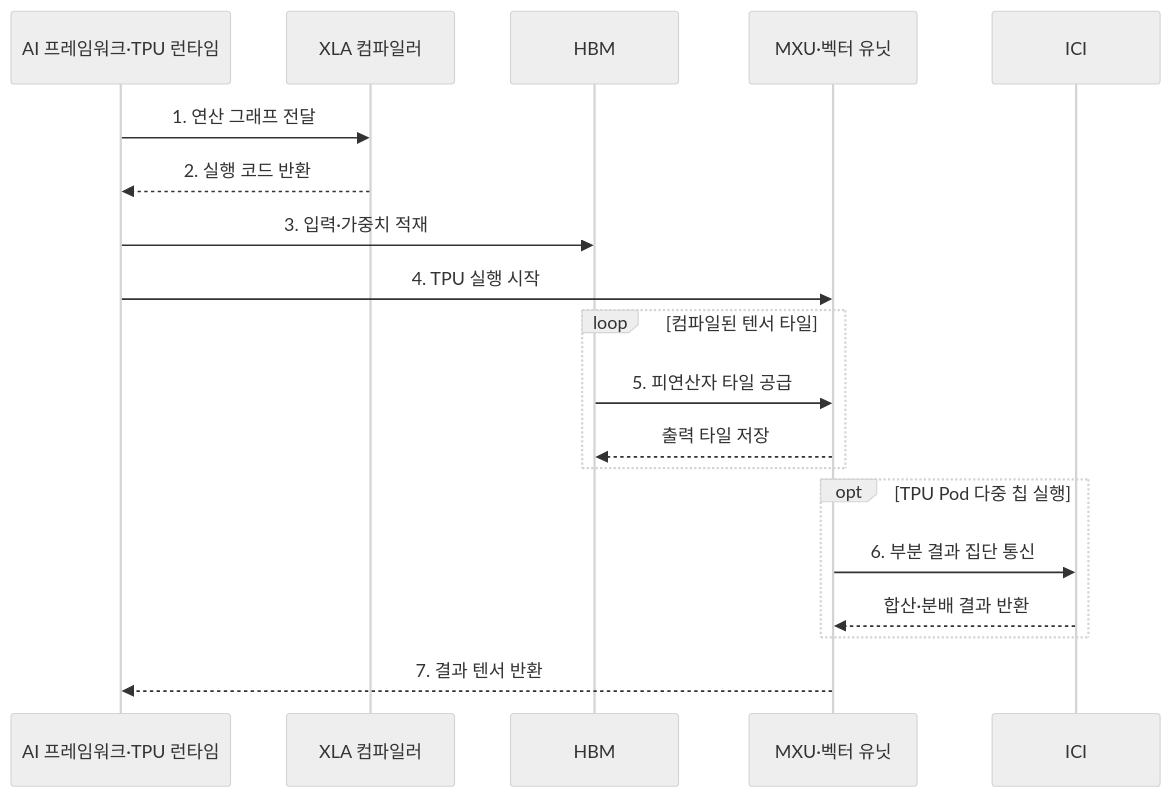
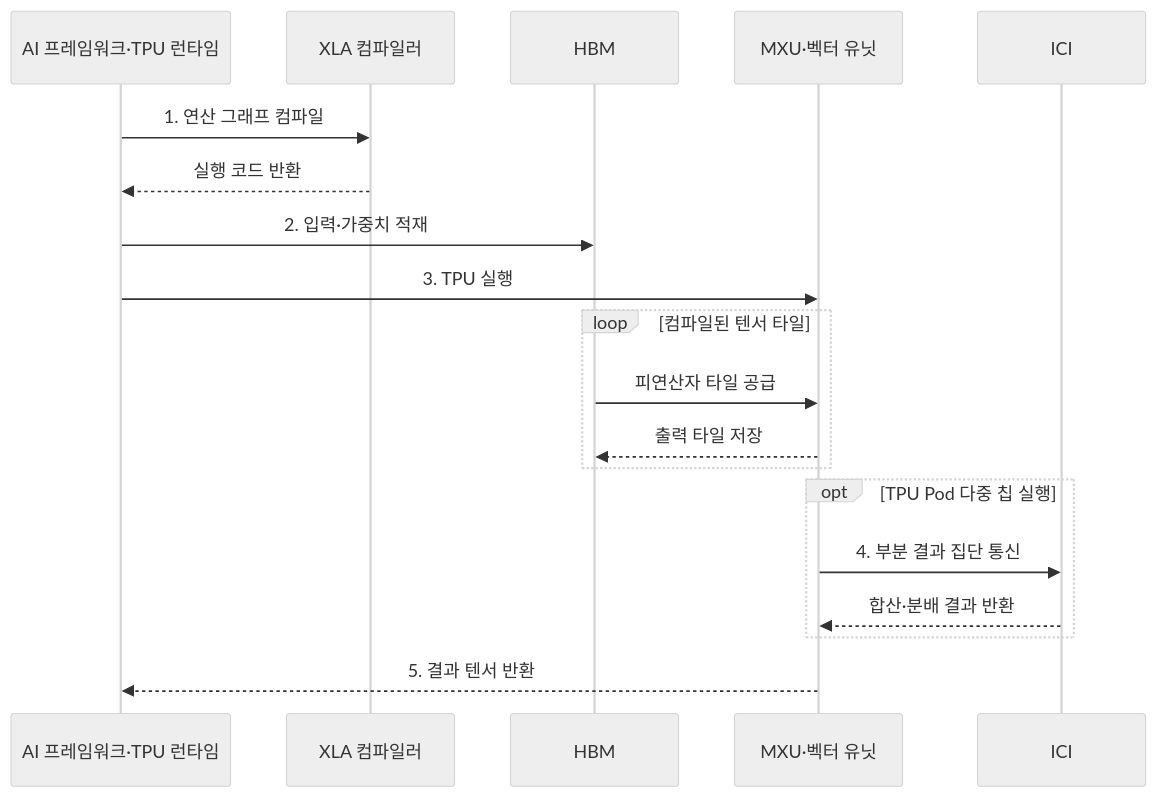
One commit to agnusdei1207/knowledge-base changed the second of 2 diagrams in src/content/docs/notes/02-hardware/043_tensor_processing_unit.md. Above: the diagram before and after it, drawn with Mermaid (neutral theme). The commit also changed other lines of this file and 86 other files, not shown here.

````diff
--- a/src/content/docs/notes/02-hardware/043_tensor_processing_unit.md
+++ b/src/content/docs/notes/02-hardware/043_tensor_processing_unit.md
@@ -88,22 +88,22 @@
 ```mermaid
 sequenceDiagram
     participant A as AI 프레임워크·TPU 런타임
     participant X as XLA 컴파일러
     participant H as HBM
     participant C as MXU·벡터 유닛
     participant I as ICI
 
-    A->>X: 1. 연산 그래프 전달
-    X-->>A: 2. 실행 코드 반환
-    A->>H: 3. 입력·가중치 적재
-    A->>C: 4. TPU 실행 시작
+    A->>X: 1. 연산 그래프 컴파일
+    X-->>A: 실행 코드 반환
+    A->>H: 2. 입력·가중치 적재
+    A->>C: 3. TPU 실행
     loop 컴파일된 텐서 타일
-        H->>C: 5. 피연산자 타일 공급
+        H->>C: 피연산자 타일 공급
         C-->>H: 출력 타일 저장
     end
     opt TPU Pod 다중 칩 실행
-        C->>I: 6. 부분 결과 집단 통신
+        C->>I: 4. 부분 결과 집단 통신
         I-->>C: 합산·분배 결과 반환
     end
-    C-->>A: 7. 결과 텐서 반환
+    C-->>A: 5. 결과 텐서 반환
 ```
````
